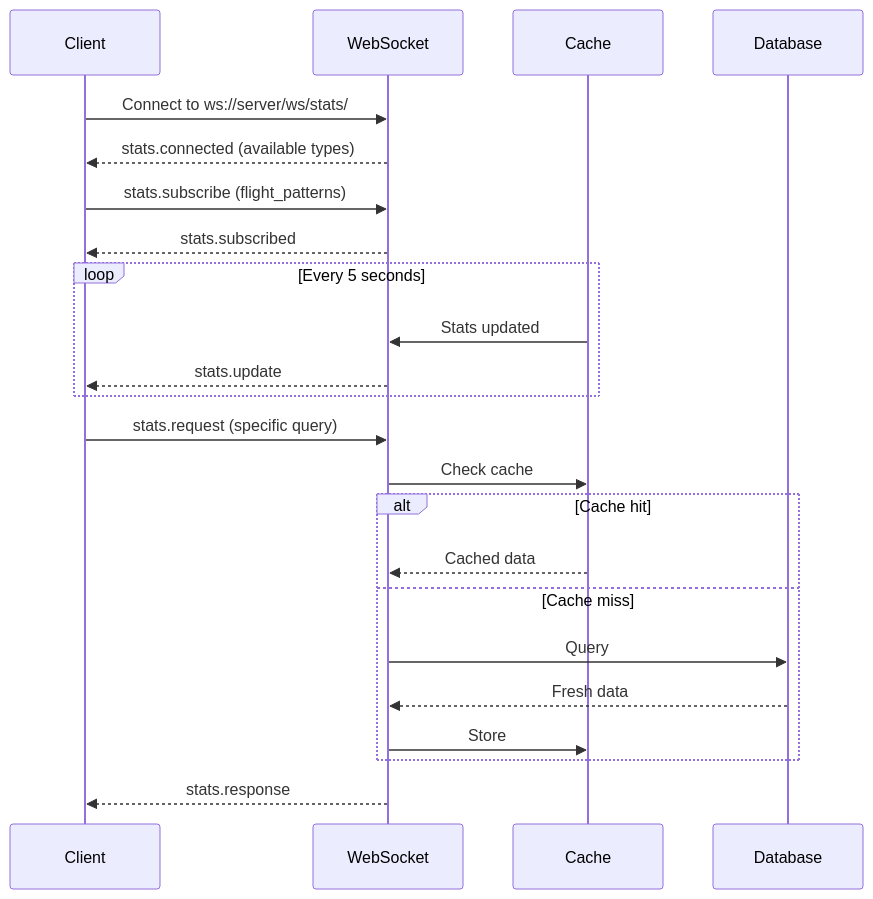
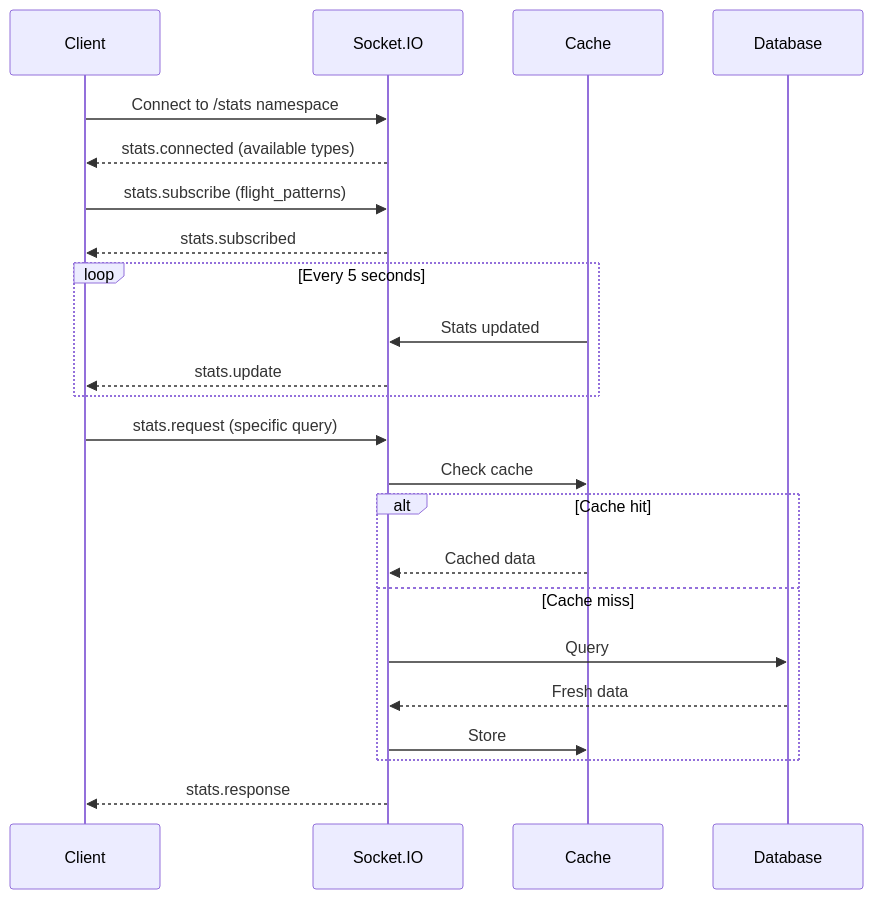
One commit to CHA0S-CORP/SkySpy changed the fourth of 5 diagrams in docs/18-statistics.md. Above: the diagram before and after it, drawn with Mermaid. The commit also changed other lines of this file and 18 other files, not shown here.

````diff
--- a/docs/18-statistics.md
+++ b/docs/18-statistics.md
@@ -476,29 +476,29 @@
 ```mermaid
 sequenceDiagram
     participant Client
-    participant WebSocket
+    participant SocketIO as Socket.IO
     participant Cache
     participant Database
 
-    Client->>WebSocket: Connect to ws://server/ws/stats/
-    WebSocket-->>Client: stats.connected (available types)
+    Client->>SocketIO: Connect to /stats namespace
+    SocketIO-->>Client: stats.connected (available types)
 
-    Client->>WebSocket: stats.subscribe (flight_patterns)
-    WebSocket-->>Client: stats.subscribed
+    Client->>SocketIO: stats.subscribe (flight_patterns)
+    SocketIO-->>Client: stats.subscribed
 
     loop Every 5 seconds
-        Cache->>WebSocket: Stats updated
-        WebSocket-->>Client: stats.update
+        Cache->>SocketIO: Stats updated
+        SocketIO-->>Client: stats.update
     end
 
-    Client->>WebSocket: stats.request (specific query)
-    WebSocket->>Cache: Check cache
+    Client->>SocketIO: stats.request (specific query)
+    SocketIO->>Cache: Check cache
     alt Cache hit
-        Cache-->>WebSocket: Cached data
+        Cache-->>SocketIO: Cached data
     else Cache miss
-        WebSocket->>Database: Query
-        Database-->>WebSocket: Fresh data
-        WebSocket->>Cache: Store
+        SocketIO->>Database: Query
+        Database-->>SocketIO: Fresh data
+        SocketIO->>Cache: Store
     end
-    WebSocket-->>Client: stats.response
+    SocketIO-->>Client: stats.response
 ```
````
